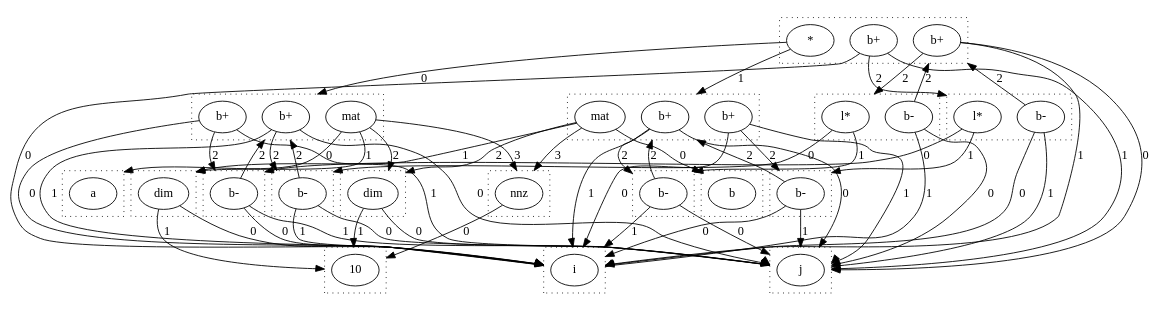
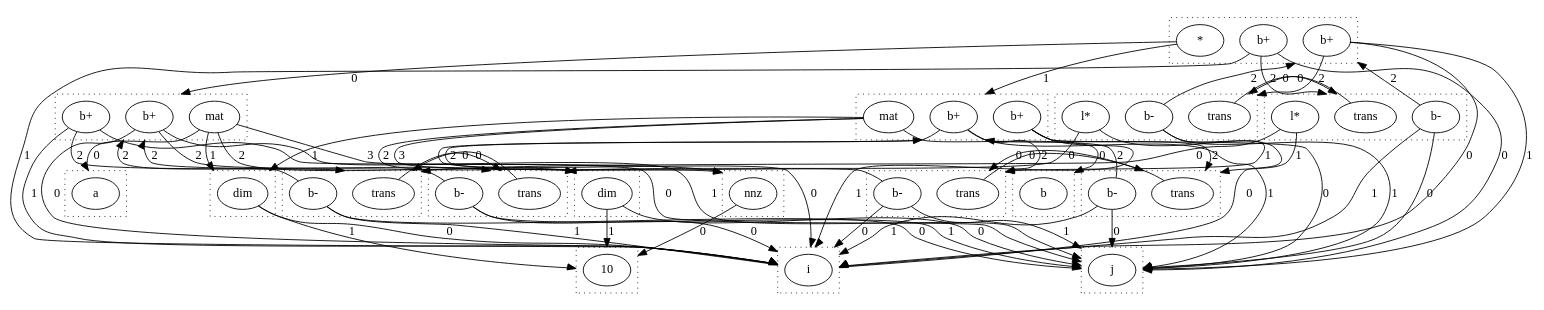
The diagram in dots/rabind.dot (wormhole-optimization/warp), drawn with Graphviz before and after one commit. The commit also changed 3 other files, not shown here.

```diff
--- a/dots/rabind.dot
+++ b/dots/rabind.dot
@@ -1,134 +1,146 @@
 digraph {
   compound=true
   subgraph cluster_0 {
     style=dotted
     0.0[label = "a"]
   }
   subgraph cluster_1 {
     style=dotted
     1.0[label = "i"]
   }
   subgraph cluster_2 {
     style=dotted
     2.0[label = "10"]
   }
   subgraph cluster_3 {
     style=dotted
     3.0[label = "dim"]
   }
   subgraph cluster_4 {
     style=dotted
     4.0[label = "j"]
   }
   subgraph cluster_5 {
     style=dotted
     5.0[label = "dim"]
   }
   subgraph cluster_6 {
     style=dotted
     6.0[label = "nnz"]
   }
   subgraph cluster_7 {
     style=dotted
     7.0[label = "b+"]
     7.1[label = "mat"]
     7.2[label = "b+"]
   }
   subgraph cluster_8 {
     style=dotted
     8.0[label = "b"]
   }
   subgraph cluster_9 {
     style=dotted
     9.0[label = "b+"]
     9.1[label = "mat"]
     9.2[label = "b+"]
   }
   subgraph cluster_10 {
     style=dotted
     10.0[label = "b+"]
     10.1[label = "*"]
     10.2[label = "b+"]
   }
   subgraph cluster_11 {
     style=dotted
-    11.0[label = "b-"]
+    11.0[label = "trans"]
+    11.1[label = "b-"]
   }
   subgraph cluster_13 {
     style=dotted
-    13.0[label = "b-"]
+    13.0[label = "trans"]
+    13.1[label = "b-"]
   }
   subgraph cluster_15 {
     style=dotted
-    15.0[label = "b-"]
+    15.0[label = "trans"]
+    15.1[label = "b-"]
   }
   subgraph cluster_17 {
     style=dotted
-    17.0[label = "b-"]
+    17.0[label = "trans"]
+    17.1[label = "b-"]
   }
   subgraph cluster_19 {
     style=dotted
-    19.0[label = "l*"]
+    19.0[label = "trans"]
     19.1[label = "b-"]
+    19.2[label = "l*"]
   }
   subgraph cluster_21 {
     style=dotted
-    21.0[label = "l*"]
+    21.0[label = "trans"]
     21.1[label = "b-"]
+    21.2[label = "l*"]
   }
   3.0 -> 1.0 [lhead = cluster_1, label = 0]
   3.0 -> 2.0 [lhead = cluster_2, label = 1]
   5.0 -> 4.0 [lhead = cluster_4, label = 0]
   5.0 -> 2.0 [lhead = cluster_2, label = 1]
   6.0 -> 2.0 [lhead = cluster_2, label = 0]
-  7.0 -> 4.0 [lhead = cluster_4, label = 0]
-  7.0 -> 1.0 [lhead = cluster_1, label = 1]
+  7.0 -> 1.0 [lhead = cluster_1, label = 0]
+  7.0 -> 4.0 [lhead = cluster_4, label = 1]
   7.0 -> 13.0 [lhead = cluster_13, label = 2]
   7.1 -> 0.0 [lhead = cluster_0, label = 0]
   7.1 -> 3.0 [lhead = cluster_3, label = 1]
   7.1 -> 5.0 [lhead = cluster_5, label = 2]
   7.1 -> 6.0 [lhead = cluster_6, label = 3]
-  7.2 -> 1.0 [lhead = cluster_1, label = 0]
-  7.2 -> 4.0 [lhead = cluster_4, label = 1]
+  7.2 -> 4.0 [lhead = cluster_4, label = 0]
+  7.2 -> 1.0 [lhead = cluster_1, label = 1]
   7.2 -> 11.0 [lhead = cluster_11, label = 2]
-  9.0 -> 4.0 [lhead = cluster_4, label = 0]
-  9.0 -> 1.0 [lhead = cluster_1, label = 1]
+  9.0 -> 1.0 [lhead = cluster_1, label = 0]
+  9.0 -> 4.0 [lhead = cluster_4, label = 1]
   9.0 -> 17.0 [lhead = cluster_17, label = 2]
   9.1 -> 8.0 [lhead = cluster_8, label = 0]
   9.1 -> 3.0 [lhead = cluster_3, label = 1]
   9.1 -> 5.0 [lhead = cluster_5, label = 2]
   9.1 -> 6.0 [lhead = cluster_6, label = 3]
-  9.2 -> 1.0 [lhead = cluster_1, label = 0]
-  9.2 -> 4.0 [lhead = cluster_4, label = 1]
+  9.2 -> 4.0 [lhead = cluster_4, label = 0]
+  9.2 -> 1.0 [lhead = cluster_1, label = 1]
   9.2 -> 15.0 [lhead = cluster_15, label = 2]
-  10.0 -> 4.0 [lhead = cluster_4, label = 0]
-  10.0 -> 1.0 [lhead = cluster_1, label = 1]
+  10.0 -> 1.0 [lhead = cluster_1, label = 0]
+  10.0 -> 4.0 [lhead = cluster_4, label = 1]
   10.0 -> 21.0 [lhead = cluster_21, label = 2]
   10.1 -> 7.0 [lhead = cluster_7, label = 0]
   10.1 -> 9.0 [lhead = cluster_9, label = 1]
-  10.2 -> 1.0 [lhead = cluster_1, label = 0]
-  10.2 -> 4.0 [lhead = cluster_4, label = 1]
+  10.2 -> 4.0 [lhead = cluster_4, label = 0]
+  10.2 -> 1.0 [lhead = cluster_1, label = 1]
   10.2 -> 19.0 [lhead = cluster_19, label = 2]
-  11.0 -> 1.0 [lhead = cluster_1, label = 0]
-  11.0 -> 4.0 [lhead = cluster_4, label = 1]
-  11.0 -> 7.0 [lhead = cluster_7, label = 2]
-  13.0 -> 4.0 [lhead = cluster_4, label = 0]
-  13.0 -> 1.0 [lhead = cluster_1, label = 1]
-  13.0 -> 7.0 [lhead = cluster_7, label = 2]
-  15.0 -> 1.0 [lhead = cluster_1, label = 0]
-  15.0 -> 4.0 [lhead = cluster_4, label = 1]
-  15.0 -> 9.0 [lhead = cluster_9, label = 2]
-  17.0 -> 4.0 [lhead = cluster_4, label = 0]
-  17.0 -> 1.0 [lhead = cluster_1, label = 1]
-  17.0 -> 9.0 [lhead = cluster_9, label = 2]
-  19.0 -> 11.0 [lhead = cluster_11, label = 0]
-  19.0 -> 15.0 [lhead = cluster_15, label = 1]
-  19.1 -> 1.0 [lhead = cluster_1, label = 0]
-  19.1 -> 4.0 [lhead = cluster_4, label = 1]
+  11.0 -> 13.0 [lhead = cluster_13, label = 0]
+  11.1 -> 4.0 [lhead = cluster_4, label = 0]
+  11.1 -> 1.0 [lhead = cluster_1, label = 1]
+  11.1 -> 7.0 [lhead = cluster_7, label = 2]
+  13.0 -> 11.0 [lhead = cluster_11, label = 0]
+  13.1 -> 1.0 [lhead = cluster_1, label = 0]
+  13.1 -> 4.0 [lhead = cluster_4, label = 1]
+  13.1 -> 7.0 [lhead = cluster_7, label = 2]
+  15.0 -> 17.0 [lhead = cluster_17, label = 0]
+  15.1 -> 4.0 [lhead = cluster_4, label = 0]
+  15.1 -> 1.0 [lhead = cluster_1, label = 1]
+  15.1 -> 9.0 [lhead = cluster_9, label = 2]
+  17.0 -> 15.0 [lhead = cluster_15, label = 0]
+  17.1 -> 1.0 [lhead = cluster_1, label = 0]
+  17.1 -> 4.0 [lhead = cluster_4, label = 1]
+  17.1 -> 9.0 [lhead = cluster_9, label = 2]
+  19.0 -> 21.0 [lhead = cluster_21, label = 0]
+  19.1 -> 4.0 [lhead = cluster_4, label = 0]
+  19.1 -> 1.0 [lhead = cluster_1, label = 1]
   19.1 -> 10.0 [lhead = cluster_10, label = 2]
-  21.0 -> 13.0 [lhead = cluster_13, label = 0]
-  21.0 -> 17.0 [lhead = cluster_17, label = 1]
-  21.1 -> 4.0 [lhead = cluster_4, label = 0]
-  21.1 -> 1.0 [lhead = cluster_1, label = 1]
+  19.2 -> 11.0 [lhead = cluster_11, label = 0]
+  19.2 -> 15.0 [lhead = cluster_15, label = 1]
+  21.0 -> 19.0 [lhead = cluster_19, label = 0]
+  21.1 -> 1.0 [lhead = cluster_1, label = 0]
+  21.1 -> 4.0 [lhead = cluster_4, label = 1]
   21.1 -> 10.0 [lhead = cluster_10, label = 2]
+  21.2 -> 13.0 [lhead = cluster_13, label = 0]
+  21.2 -> 17.0 [lhead = cluster_17, label = 1]
 }
```
